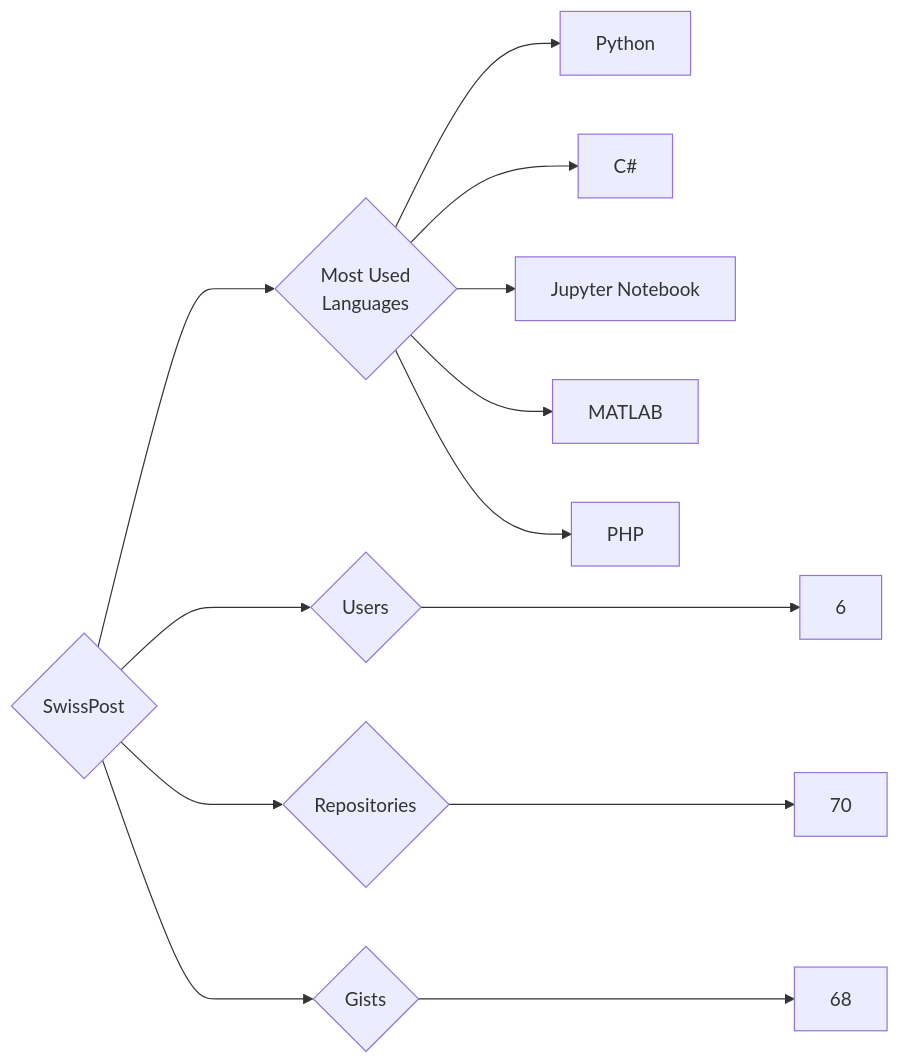
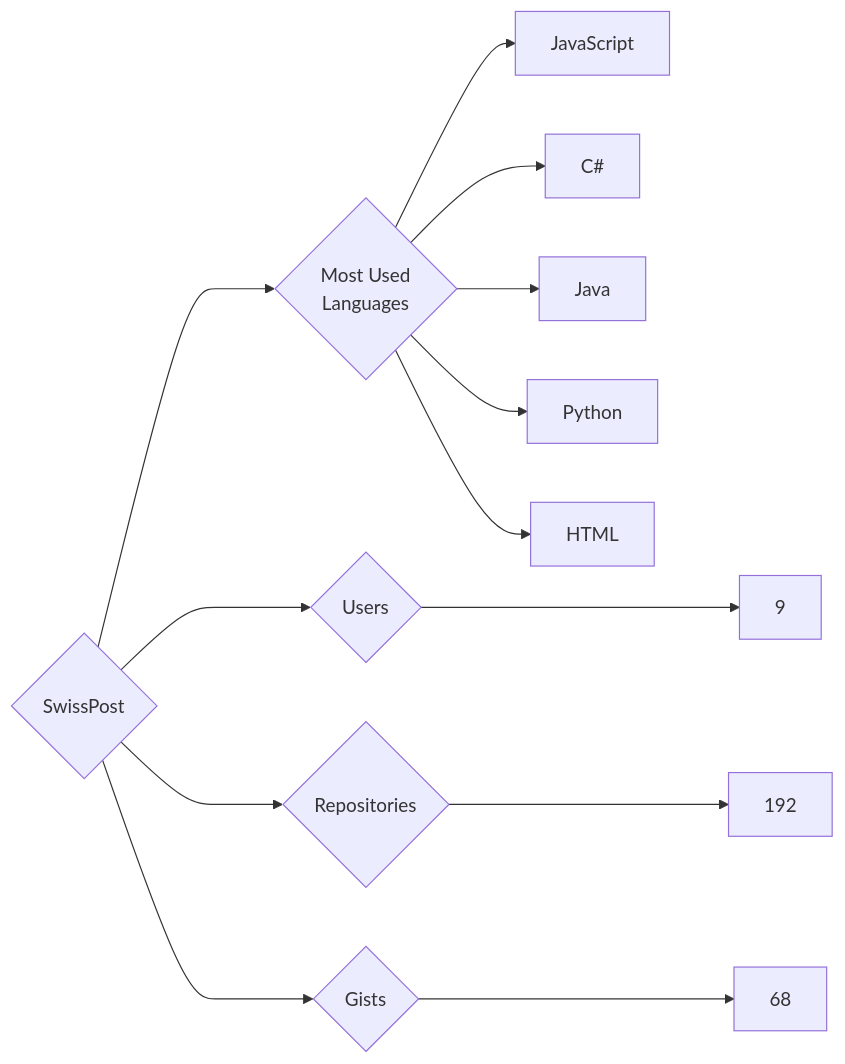
Before and after one commit to trickest/insiders: the diagram in targets/SwissPost/README.md, drawn with Mermaid. The commit also changed 877 other files, not shown here.

````diff
--- a/targets/SwissPost/README.md
+++ b/targets/SwissPost/README.md
@@ -3,13 +3,13 @@
 ```mermaid
 graph LR
 COMPANY_NAME{SwissPost}
-COMPANY_NAME ---> U{Users} ---> UN[6]
-COMPANY_NAME ---> R{Repositories} ---> RN[70]
+COMPANY_NAME ---> U{Users} ---> UN[9]
+COMPANY_NAME ---> R{Repositories} ---> RN[192]
 COMPANY_NAME ---> G{Gists} ---> GN[68]
 COMPANY_NAME ---> ML{Most Used<br>Languages}
+ML --> JavaScript[JavaScript]
+ML --> C#[C#]
+ML --> Java[Java]
 ML --> Python[Python]
-ML --> C#[C#]
-ML --> Jupyter_Notebook[Jupyter Notebook]
-ML --> MATLAB[MATLAB]
-ML --> PHP[PHP]
+ML --> HTML[HTML]
 ```
````
